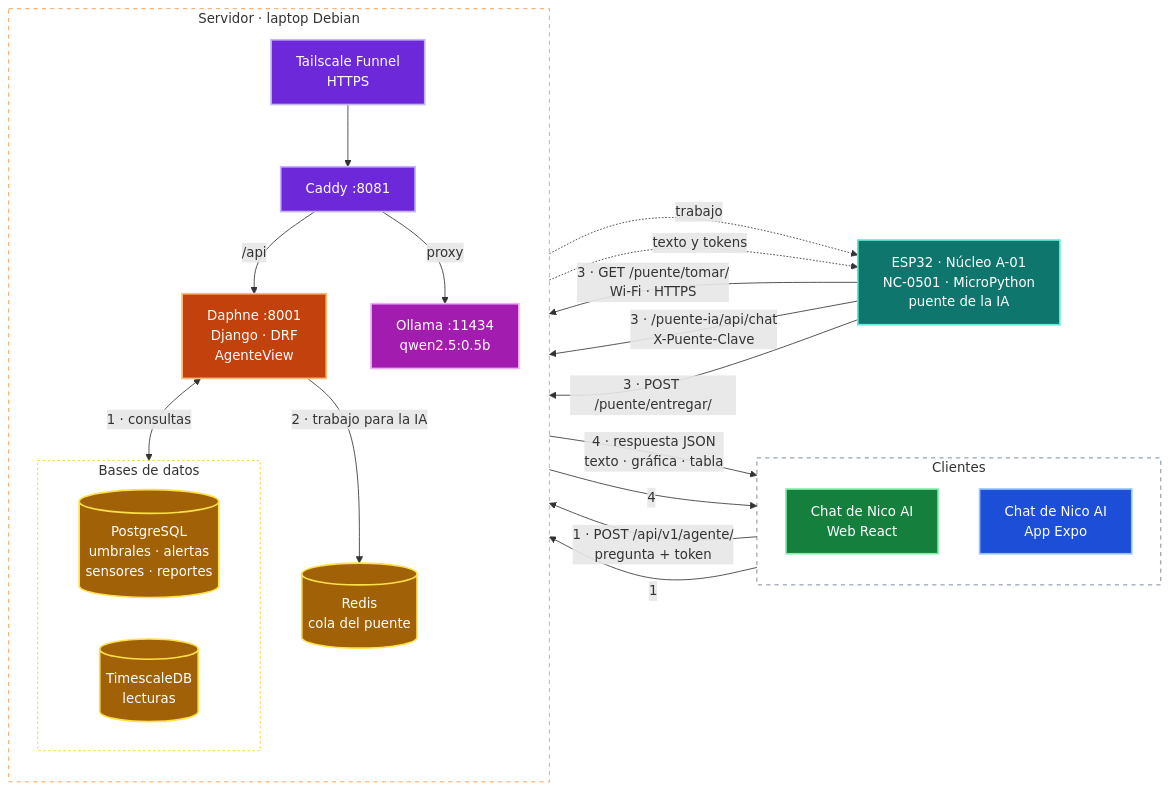
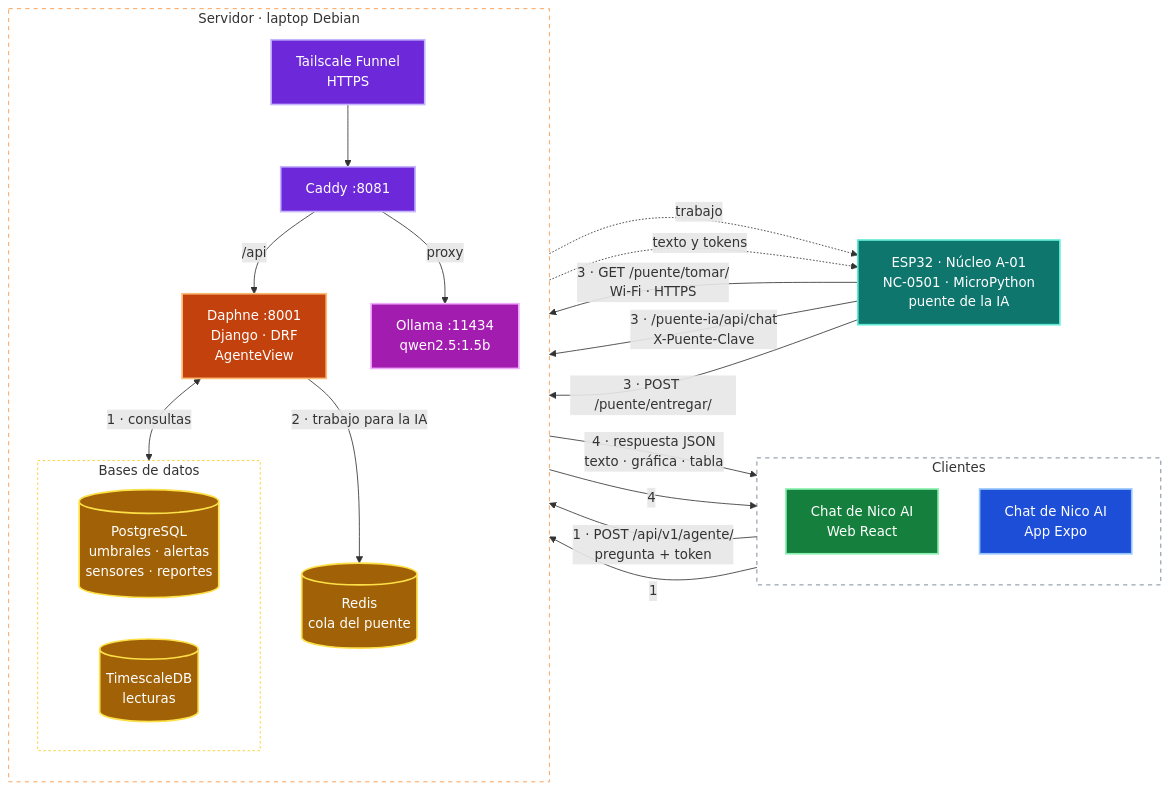
The fourth of 4 diagrams in README.md (BrandonGlz/Nucleo), drawn with Mermaid before and after one commit. The commit also changed other lines of this file and 13 other files, not shown here.

````diff
--- a/README.md
+++ b/README.md
@@ -451,52 +451,52 @@
 ```mermaid
 flowchart LR
     subgraph CL["Clientes"]
         direction TB
         W["Chat de Nico AI<br/>Web React"]
         A["Chat de Nico AI<br/>App Expo"]
     end
     subgraph HOST["Servidor · laptop Debian"]
         direction TB
         TS["Tailscale Funnel<br/>HTTPS"]
         C["Caddy :8081"]
         D["Daphne :8001<br/>Django · DRF<br/>AgenteView"]
         R[("Redis<br/>cola del puente")]
         subgraph BD["Bases de datos"]
             PG[("PostgreSQL<br/>umbrales · alertas<br/>sensores · reportes")]
             TDB[("TimescaleDB<br/>lecturas")]
         end
-        O["Ollama :11434<br/>qwen2.5:0.5b"]
+        O["Ollama :11434<br/>qwen2.5:1.5b"]
     end
     E["ESP32 · Núcleo A-01<br/>NC-0501 · MicroPython<br/>puente de la IA"]
 
     W -->|"1 · POST /api/v1/agente/<br/>pregunta + token"| TS
     A -->|"1"| TS
     TS --> C -->|"/api"| D
     D <-->|"1 · consultas"| BD
     D -->|"2 · trabajo para la IA"| R
     E -->|"3 · GET /puente/tomar/<br/>Wi-Fi · HTTPS"| TS
     R -.->|trabajo| E
     E -->|"3 · /puente-ia/api/chat<br/>X-Puente-Clave"| C
     C -->|proxy| O
     O -.->|texto y tokens| E
     E -->|"3 · POST /puente/entregar/"| D
     D -->|"4 · respuesta JSON<br/>texto · gráfica · tabla"| W
     D -->|"4"| A
     classDef cliente fill:#1d4ed8,stroke:#93c5fd,color:#fff,stroke-width:2px
     classDef red fill:#6d28d9,stroke:#c4b5fd,color:#fff,stroke-width:2px
     classDef web fill:#15803d,stroke:#86efac,color:#fff,stroke-width:2px
     classDef backend fill:#c2410c,stroke:#fdba74,color:#fff,stroke-width:2px
     classDef datos fill:#a16207,stroke:#fde047,color:#fff,stroke-width:2px
     classDef iot fill:#0f766e,stroke:#5eead4,color:#fff,stroke-width:2px
     classDef externo fill:#a21caf,stroke:#f0abfc,color:#fff,stroke-width:2px
     class W web
     class A cliente
     class TS,C red
     class D backend
     class R,PG,TDB datos
     class E iot
     class O externo
     style CL fill:transparent,stroke:#64748b,stroke-dasharray:5 5
     style HOST fill:transparent,stroke:#fb923c,stroke-dasharray:5 5
     style BD fill:transparent,stroke:#facc15,stroke-dasharray:3 3
 ```
````
